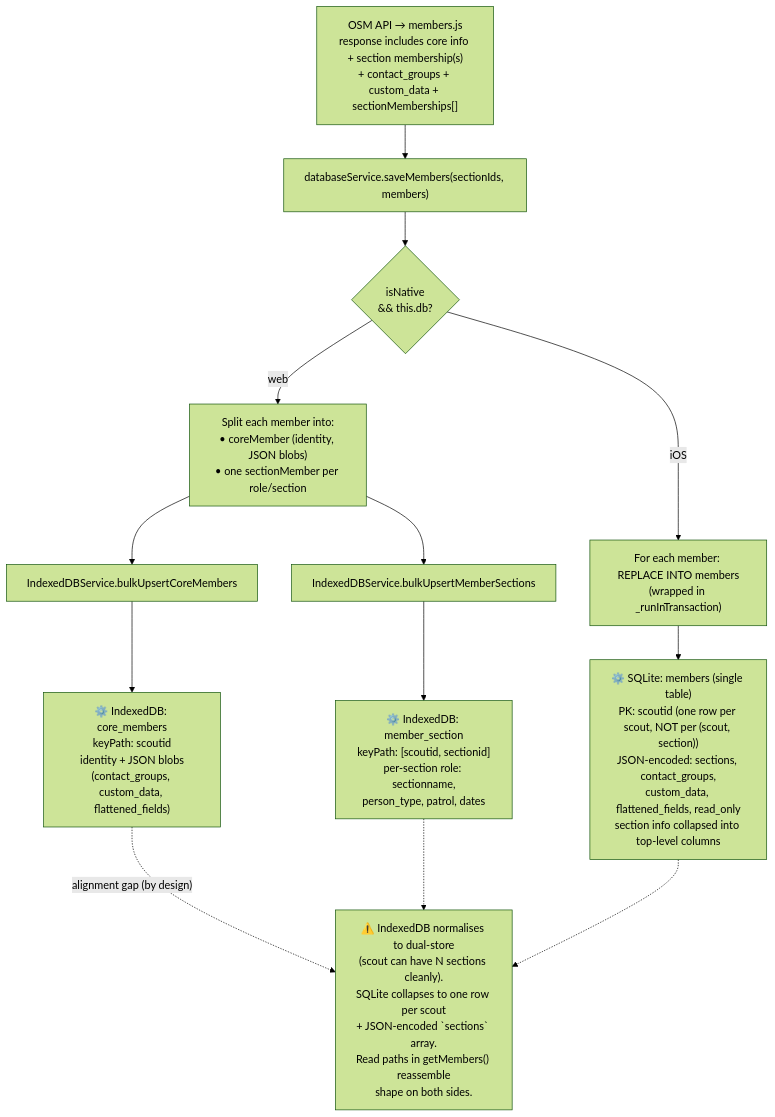
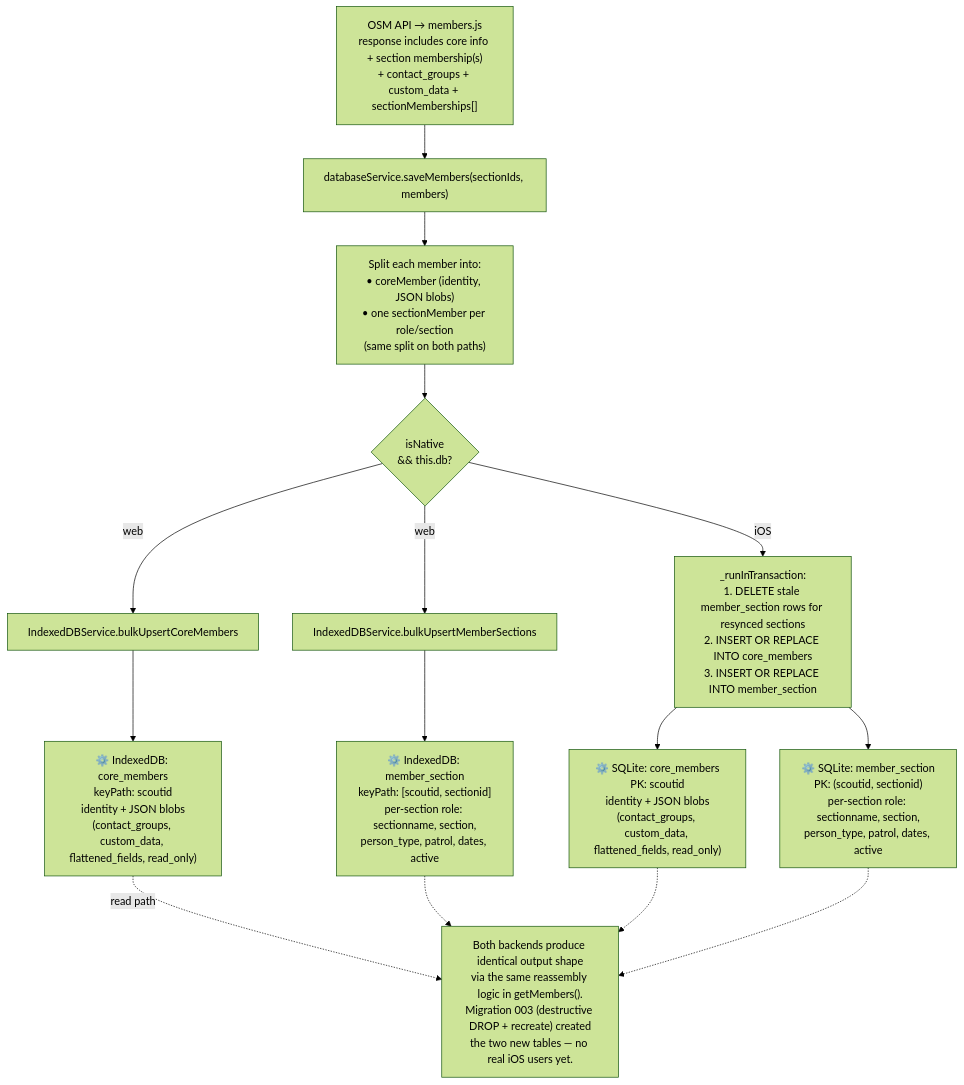
One commit to Walton-Viking-Scouts/VikingsEventMgmt changed the fifth of 6 diagrams in docs/architecture/data-flows.md. Above: the diagram before and after it, drawn with Mermaid (forest theme). The commit also changed other lines of this file and 5 other files, not shown here.

````diff
--- a/docs/architecture/data-flows.md
+++ b/docs/architecture/data-flows.md
@@ -140,19 +137,21 @@
 ```mermaid
 flowchart TB
   API["OSM API → members.js<br/>response includes core info + section membership(s)<br/>+ contact_groups + custom_data + sectionMemberships[]"]
   API --> Save["databaseService.saveMembers(sectionIds, members)"]
-  Save --> Branch{"isNative<br/>&& this.db?"}
+  Save --> Split["Split each member into:<br/>• coreMember (identity, JSON blobs)<br/>• one sectionMember per role/section<br/>(same split on both paths)"]
+  Split --> Branch{"isNative<br/>&& this.db?"}
 
-  Branch -->|"web"| Split["Split each member into:<br/>• coreMember (identity, JSON blobs)<br/>• one sectionMember per role/section"]
-  Split --> IDBCore["IndexedDBService.bulkUpsertCoreMembers"]
-  Split --> IDBSec["IndexedDBService.bulkUpsertMemberSections"]
-  IDBCore --> CoreStore["⚙️ IndexedDB: core_members<br/>keyPath: scoutid<br/>identity + JSON blobs<br/>(contact_groups, custom_data, flattened_fields)"]
-  IDBSec --> SecStore["⚙️ IndexedDB: member_section<br/>keyPath: [scoutid, sectionid]<br/>per-section role: sectionname,<br/>person_type, patrol, dates"]
+  Branch -->|"web"| IDBCore["IndexedDBService.bulkUpsertCoreMembers"]
+  Branch -->|"web"| IDBSec["IndexedDBService.bulkUpsertMemberSections"]
+  IDBCore --> CoreStore["⚙️ IndexedDB: core_members<br/>keyPath: scoutid<br/>identity + JSON blobs<br/>(contact_groups, custom_data, flattened_fields, read_only)"]
+  IDBSec --> SecStore["⚙️ IndexedDB: member_section<br/>keyPath: [scoutid, sectionid]<br/>per-section role: sectionname, section,<br/>person_type, patrol, dates, active"]
 
-  Branch -->|"iOS"| Loop["For each member: REPLACE INTO members<br/>(wrapped in _runInTransaction)"]
-  Loop --> SQLTable["⚙️ SQLite: members (single table)<br/>PK: scoutid (one row per scout, NOT per (scout, section))<br/>JSON-encoded: sections, contact_groups,<br/>custom_data, flattened_fields, read_only<br/>section info collapsed into top-level columns"]
+  Branch -->|"iOS"| SQLTx["_runInTransaction:<br/>1. DELETE stale member_section rows for resynced sections<br/>2. INSERT OR REPLACE INTO core_members<br/>3. INSERT OR REPLACE INTO member_section"]
+  SQLTx --> SQLCore["⚙️ SQLite: core_members<br/>PK: scoutid<br/>identity + JSON blobs<br/>(contact_groups, custom_data, flattened_fields, read_only)"]
+  SQLTx --> SQLSec["⚙️ SQLite: member_section<br/>PK: (scoutid, sectionid)<br/>per-section role: sectionname, section,<br/>person_type, patrol, dates, active"]
 
-  CoreStore -.->|"alignment gap (by design)"| GAP["⚠️ IndexedDB normalises to dual-store<br/>(scout can have N sections cleanly).<br/>SQLite collapses to one row per scout<br/>+ JSON-encoded `sections` array.<br/>Read paths in getMembers() reassemble<br/>shape on both sides."]
-  SecStore -.-> GAP
-  SQLTable -.-> GAP
+  CoreStore -.->|"read path"| ReadNote["Both backends produce identical output shape<br/>via the same reassembly logic in getMembers().<br/>Migration 003 (destructive DROP + recreate) created<br/>the two new tables — no real iOS users yet."]
+  SecStore -.-> ReadNote
+  SQLCore -.-> ReadNote
+  SQLSec -.-> ReadNote
 ```
````
